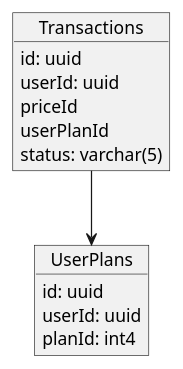
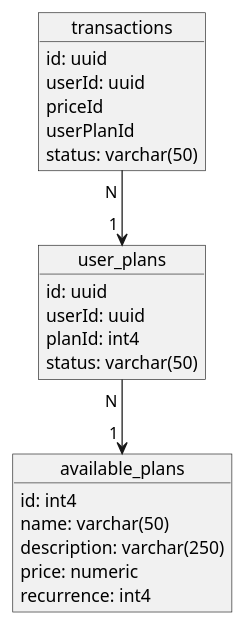
The diagram in README.md (talentaz/subscription_manager), drawn with PlantUML before and after one commit.

````diff
--- a/README.md
+++ b/README.md
@@ -17,18 +17,27 @@
 ```plantuml
-object Transactions {
+object transactions {
   id: uuid
   userId: uuid
   priceId
   userPlanId
-  status: varchar(5)
+  status: varchar(50)
 }
 
-object UserPlans {
+object user_plans {
   id: uuid
   userId: uuid
   planId: int4
+  status: varchar(50)
 }
 
+object available_plans {
+  id: int4
+  name: varchar(50)
+  description: varchar(250)
+  price: numeric
+  recurrence: int4
+}
 
-Transactions --> UserPlans
+transactions "N " --> "1 " user_plans
+user_plans "N " --> "1 " available_plans
 ```
````
